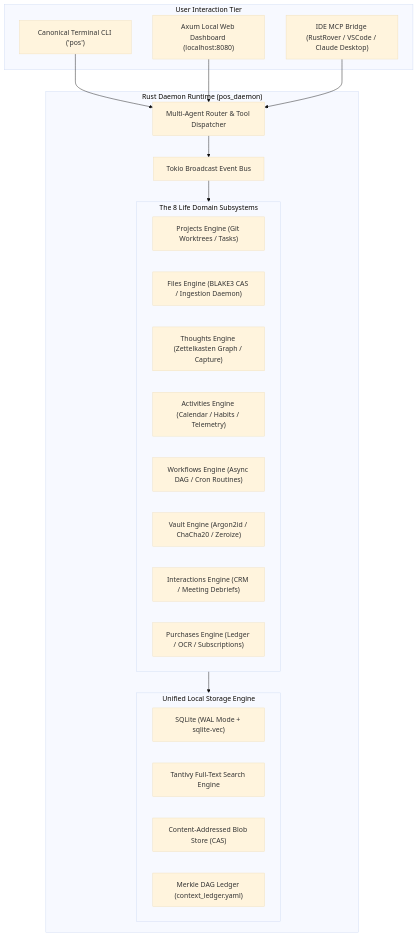
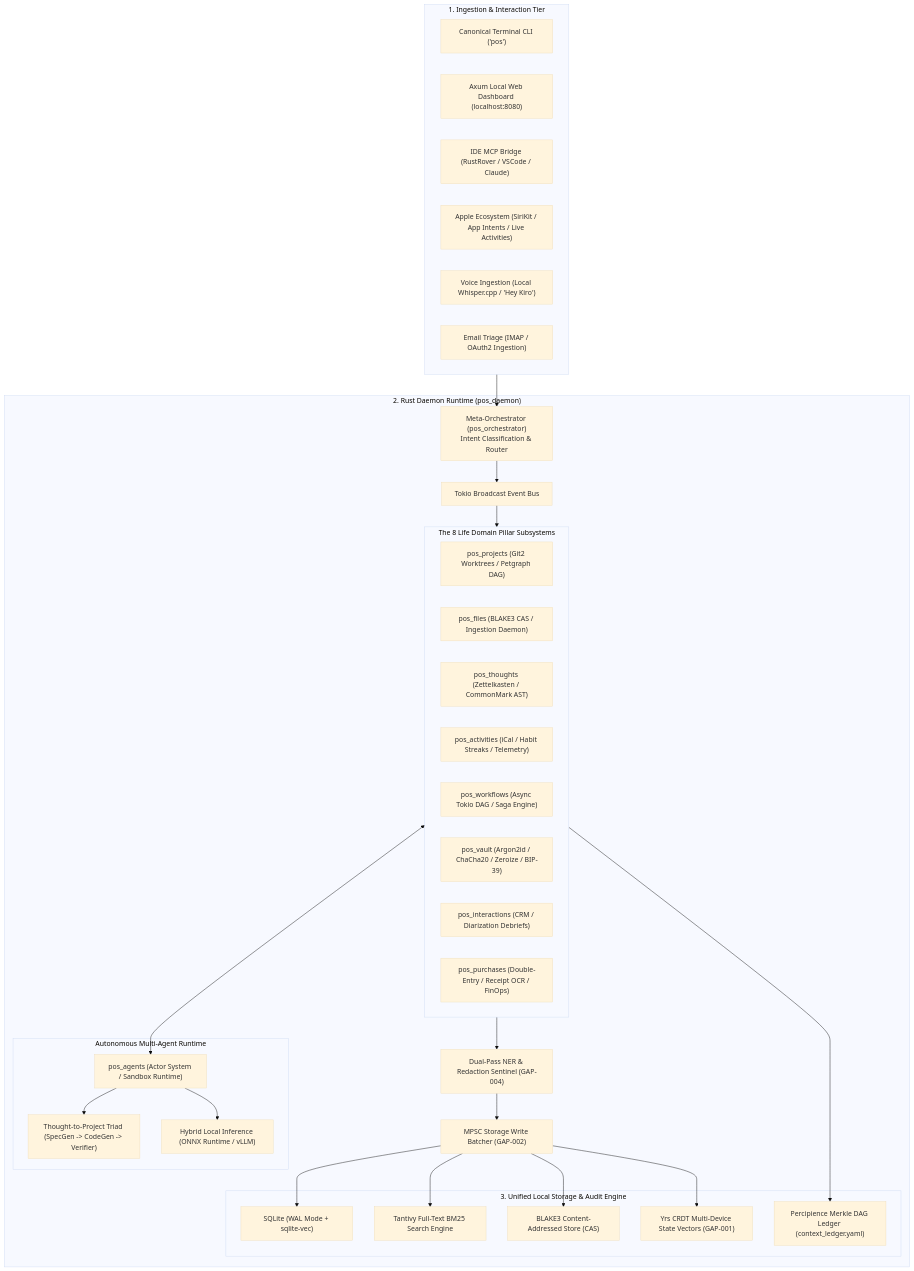
The first of 2 diagrams in .nb/plan/personal_os/detailed.md (lakhwindersingh/nb_antwalk), drawn with Mermaid (base theme) before and after one commit. The commit also changed other lines of this file and 6 other files, not shown here.

````diff
--- a/.nb/plan/personal_os/detailed.md
+++ b/.nb/plan/personal_os/detailed.md
@@ -27,38 +34,57 @@
 ```mermaid
 graph TD
-  subgraph User_Interfaces["User Interaction Tier"]
+  subgraph User_Interfaces["1. Ingestion & Interaction Tier"]
     CLI["Canonical Terminal CLI ('pos')"]
     WebUI["Axum Local Web Dashboard (localhost:8080)"]
-    MCPClient["IDE MCP Bridge (RustRover / VSCode / Claude Desktop)"]
+    MCPClient["IDE MCP Bridge (RustRover / VSCode / Claude)"]
+    AppleSiri["Apple Ecosystem (SiriKit / App Intents / Live Activities)"]
+    VoiceEdge["Voice Ingestion (Local Whisper.cpp / 'Hey Kiro')"]
+    EmailEdge["Email Triage (IMAP / OAuth2 Ingestion)"]
   end
 
-  subgraph Personal_OS_Core["Rust Daemon Runtime (pos_daemon)"]
+  subgraph Personal_OS_Core["2. Rust Daemon Runtime (pos_daemon)"]
     EventBus["Tokio Broadcast Event Bus"]
-    Router["Multi-Agent Router & Tool Dispatcher"]
+    Orchestrator["Meta-Orchestrator (pos_orchestrator)<br/>Intent Classification & Router"]
+    WriteBatcher["MPSC Storage Write Batcher (GAP-002)"]
+    NERScrubber["Dual-Pass NER & Redaction Sentinel (GAP-004)"]
     
-    subgraph Eight_Pillars["The 8 Life Domain Subsystems"]
-      M_Projects["Projects Engine (Git Worktrees / Tasks)"]
-      M_Files["Files Engine (BLAKE3 CAS / Ingestion Daemon)"]
-      M_Thoughts["Thoughts Engine (Zettelkasten Graph / Capture)"]
-      M_Activities["Activities Engine (Calendar / Habits / Telemetry)"]
-      M_Workflows["Workflows Engine (Async DAG / Cron Routines)"]
-      M_Vault["Vault Engine (Argon2id / ChaCha20 / Zeroize)"]
-      M_Interactions["Interactions Engine (CRM / Meeting Debriefs)"]
-      M_Purchases["Purchases Engine (Ledger / OCR / Subscriptions)"]
+    subgraph Eight_Pillars["The 8 Life Domain Pillar Subsystems"]
+      M_Projects["pos_projects (Git2 Worktrees / Petgraph DAG)"]
+      M_Files["pos_files (BLAKE3 CAS / Ingestion Daemon)"]
+      M_Thoughts["pos_thoughts (Zettelkasten / CommonMark AST)"]
+      M_Activities["pos_activities (iCal / Habit Streaks / Telemetry)"]
+      M_Workflows["pos_workflows (Async Tokio DAG / Saga Engine)"]
+      M_Vault["pos_vault (Argon2id / ChaCha20 / Zeroize / BIP-39)"]
+      M_Interactions["pos_interactions (CRM / Diarization Debriefs)"]
+      M_Purchases["pos_purchases (Double-Entry / Receipt OCR / FinOps)"]
     end
 
-    subgraph Data_Storage_Tier["Unified Local Storage Engine"]
+    subgraph Agentic_Core["Autonomous Multi-Agent Runtime"]
+      AgentRuntime["pos_agents (Actor System / Sandbox Runtime)"]
+      T2P["Thought-to-Project Triad (SpecGen -> CodeGen -> Verifier)"]
+      InferenceEngine["Hybrid Local Inference (ONNX Runtime / vLLM)"]
+    end
+
+    subgraph Data_Storage_Tier["3. Unified Local Storage & Audit Engine"]
       SQLite["SQLite (WAL Mode + sqlite-vec)"]
-      Tantivy["Tantivy Full-Text Search Engine"]
-      BlobStore["Content-Addressed Blob Store (CAS)"]
-      Merkle["Merkle DAG Ledger (context_ledger.yaml)"]
+      Tantivy["Tantivy Full-Text BM25 Search Engine"]
+      BlobStore["BLAKE3 Content-Addressed Store (CAS)"]
+      CRDT["Yrs CRDT Multi-Device State Vectors (GAP-001)"]
+      Merkle["Percipience Merkle DAG Ledger (context_ledger.yaml)"]
     end
   end
 
-  CLI --> Router
-  WebUI --> Router
-  MCPClient --> Router
-  Router --> EventBus
+  User_Interfaces --> Orchestrator
+  Orchestrator --> EventBus
   EventBus --> Eight_Pillars
-  Eight_Pillars --> Data_Storage_Tier
+  Eight_Pillars <--> AgentRuntime
+  AgentRuntime --> T2P
+  AgentRuntime --> InferenceEngine
+  Eight_Pillars --> NERScrubber
+  NERScrubber --> WriteBatcher
+  WriteBatcher --> SQLite
+  WriteBatcher --> Tantivy
+  WriteBatcher --> BlobStore
+  WriteBatcher --> CRDT
+  Eight_Pillars --> Merkle
 ```
````
